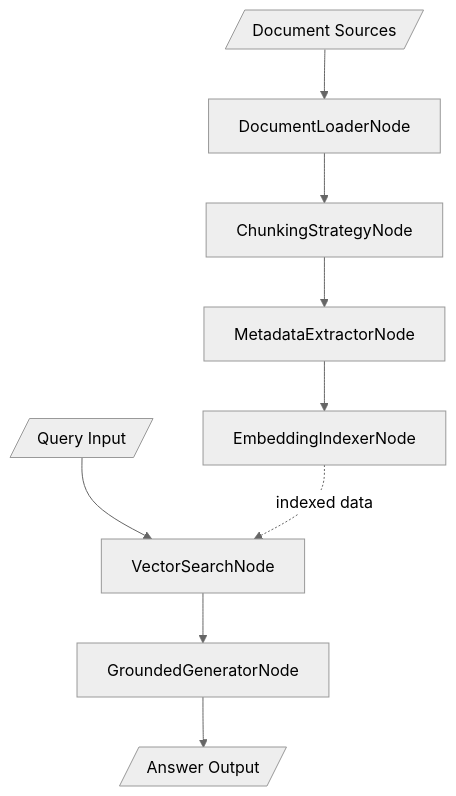
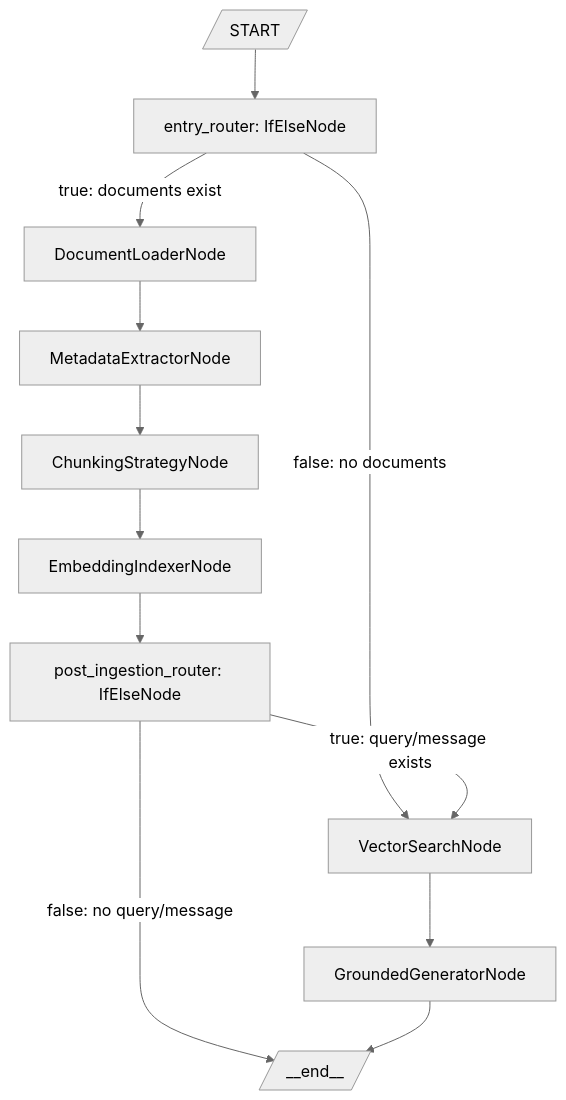
One commit to ShaojieJiang/orcheo changed the first of 5 diagrams in docs/conversational_search/demo_design.md. Above: the diagram before and after it, drawn with Mermaid (neutral theme). The commit also changed other lines of this file and 21 other files, not shown here.

````diff
--- a/docs/conversational_search/demo_design.md
+++ b/docs/conversational_search/demo_design.md
@@ -33,12 +33,18 @@
 ```mermaid
 graph TD
-    Docs[/Document Sources/] --> Loader[DocumentLoaderNode]
-    Loader --> Chunking[ChunkingStrategyNode]
-    Chunking --> Metadata[MetadataExtractorNode]
-    Metadata --> Indexer[EmbeddingIndexerNode]
+    Start[/START/] --> EntryRouter[entry_router: IfElseNode]
 
-    Query[/Query Input/] --> Search[VectorSearchNode]
-    Indexer -.->|indexed data| Search
+    EntryRouter -->|true: documents exist| Loader[DocumentLoaderNode]
+    EntryRouter -->|false: no documents| Search[VectorSearchNode]
+
+    Loader --> Metadata[MetadataExtractorNode]
+    Metadata --> Chunking[ChunkingStrategyNode]
+    Chunking --> Indexer[EmbeddingIndexerNode]
+
+    Indexer --> PostRouter[post_ingestion_router: IfElseNode]
+    PostRouter -->|true: query/message exists| Search
+    PostRouter -->|false: no query/message| End[/__end__/]
+
     Search --> Generator[GroundedGeneratorNode]
-    Generator --> Output[/Answer Output/]
+    Generator --> End
 ```
````
